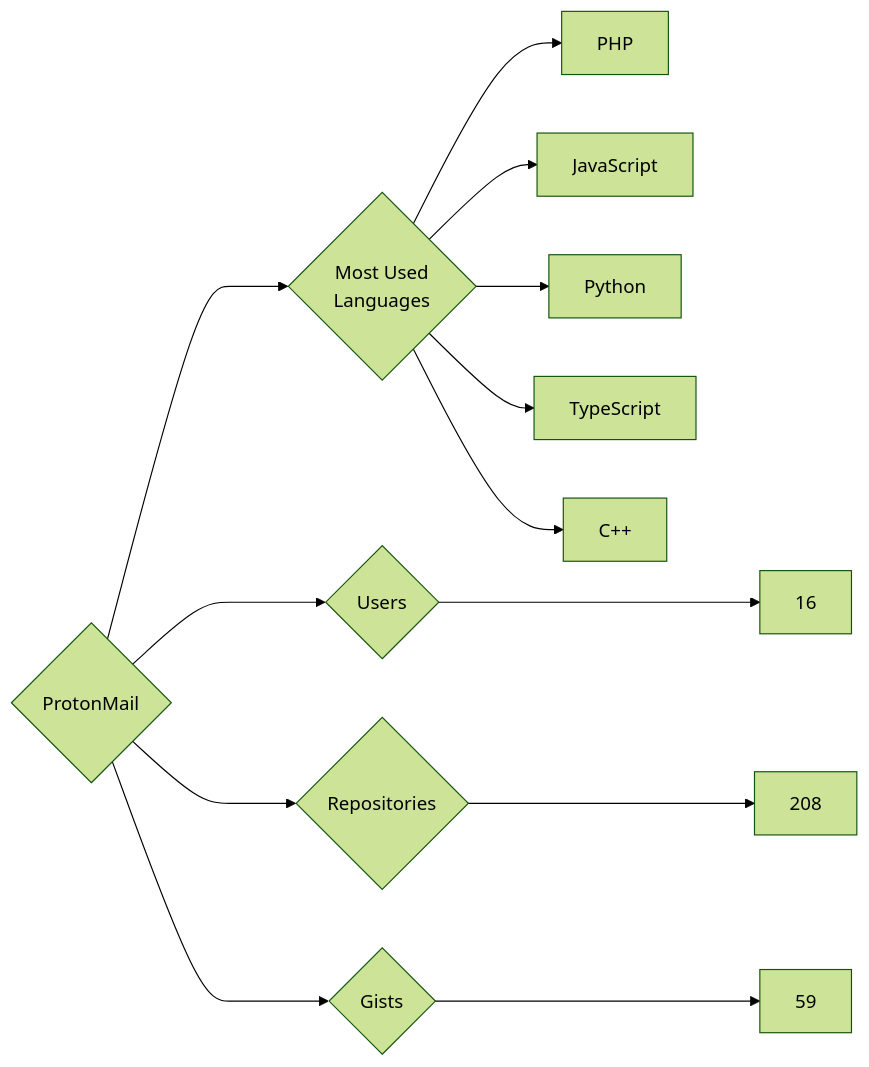
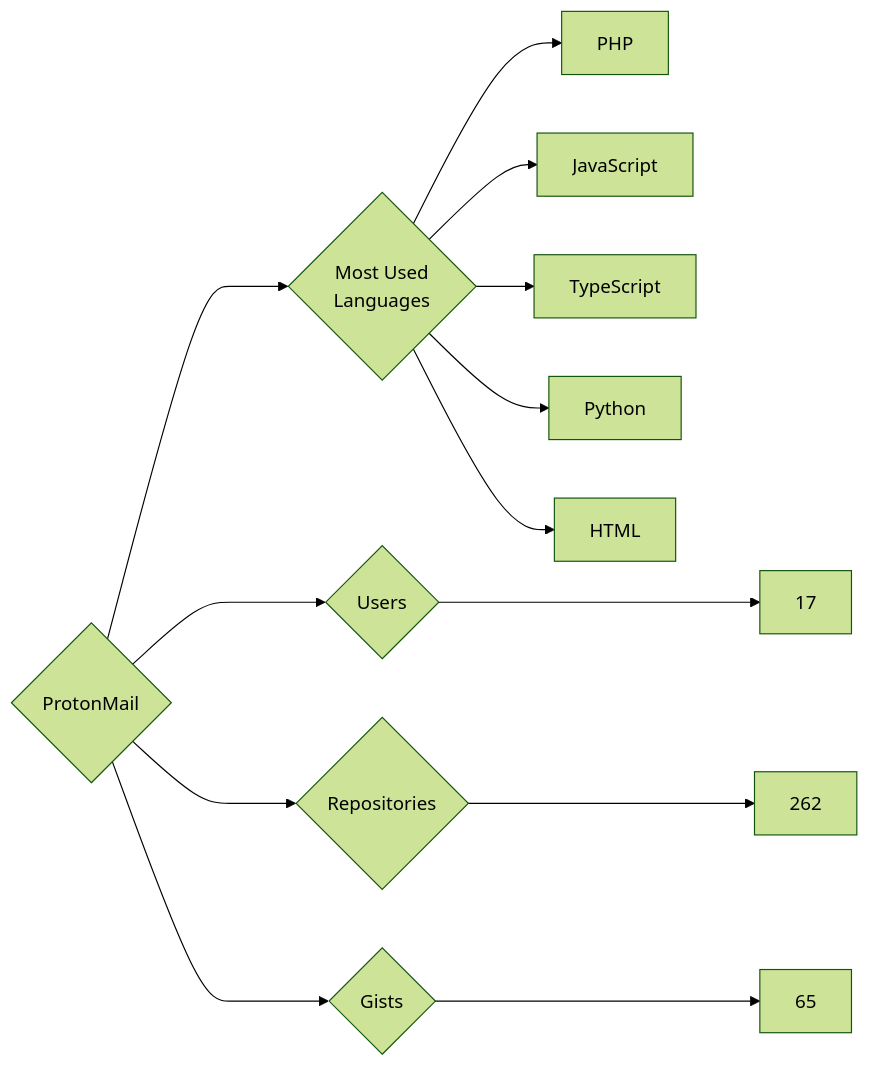
The diagram in targets/ProtonMail/README.md (trickest/insiders), drawn with Mermaid (forest theme) before and after one commit. The commit also changed 1011 other files, not shown here.

````diff
--- a/targets/ProtonMail/README.md
+++ b/targets/ProtonMail/README.md
@@ -3,13 +3,13 @@
 ```mermaid
 graph LR
 COMPANY_NAME{ProtonMail}
-COMPANY_NAME ---> U{Users} ---> UN[16]
-COMPANY_NAME ---> R{Repositories} ---> RN[208]
-COMPANY_NAME ---> G{Gists} ---> GN[59]
+COMPANY_NAME ---> U{Users} ---> UN[17]
+COMPANY_NAME ---> R{Repositories} ---> RN[262]
+COMPANY_NAME ---> G{Gists} ---> GN[65]
 COMPANY_NAME ---> ML{Most Used<br>Languages}
 ML --> PHP[PHP]
 ML --> JavaScript[JavaScript]
+ML --> TypeScript[TypeScript]
 ML --> Python[Python]
-ML --> TypeScript[TypeScript]
-ML --> C++[C++]
+ML --> HTML[HTML]
 ```
````
